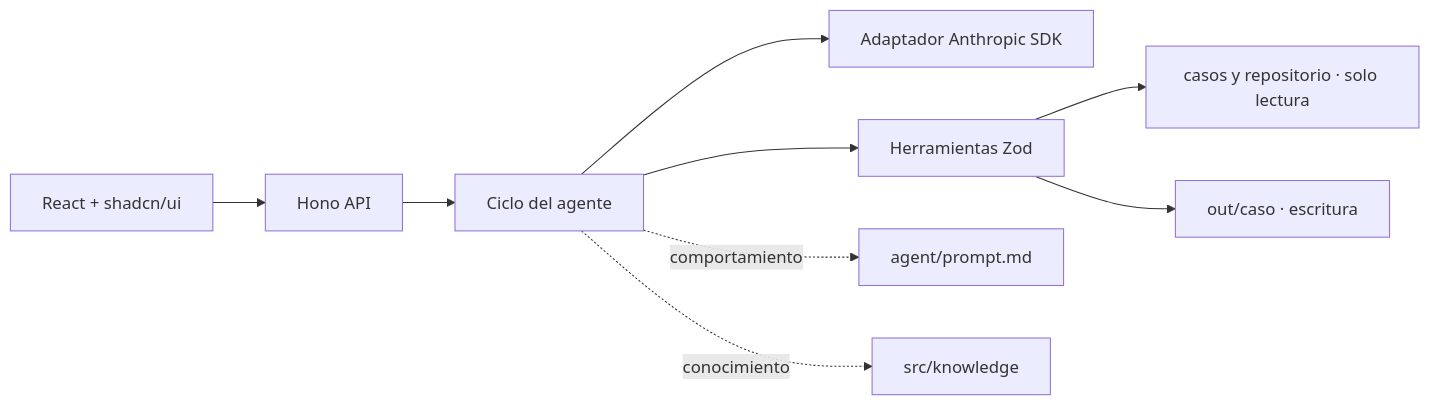
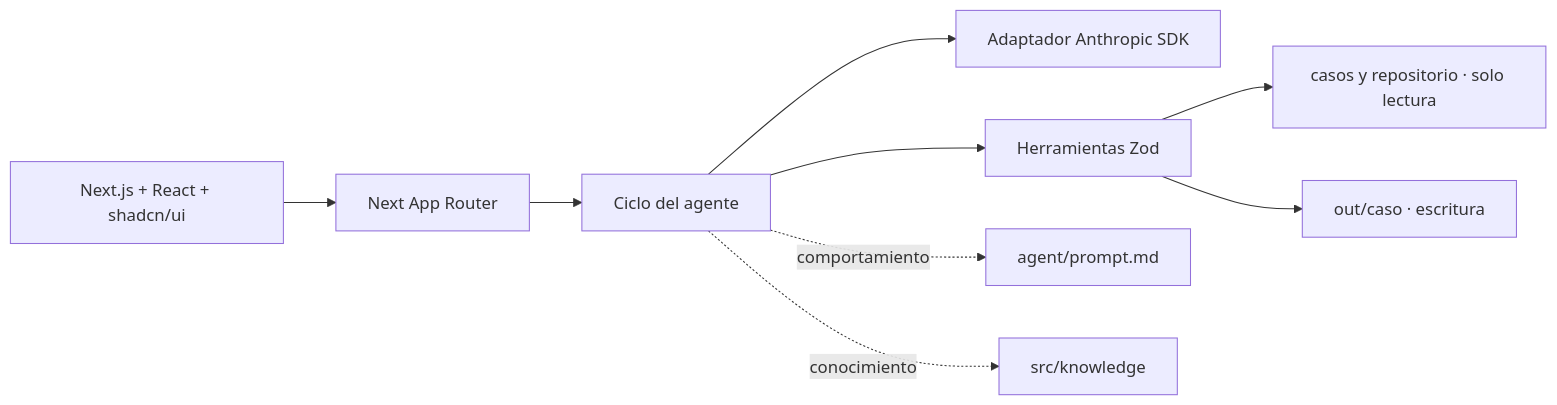
One commit to Dalejo505/reto-01-registro-proveedor changed the diagram in SOLUCION.md. Above: the diagram before and after it, drawn with Mermaid. The commit also changed 24 other files, not shown here.

Commit message:
feat: migrate application to Next.js App Router

````diff
--- a/SOLUCION.md
+++ b/SOLUCION.md
@@ -9,11 +9,11 @@
 ```mermaid
 flowchart LR
-  UI[React + shadcn/ui] --> API[Hono API]
+  UI[Next.js + React + shadcn/ui] --> API[Next App Router]
   API --> Agent[Ciclo del agente]
   Agent --> LLM[Adaptador Anthropic SDK]
   Agent --> Tools[Herramientas Zod]
   Tools --> Fixtures[casos y repositorio · solo lectura]
   Tools --> Out[out/caso · escritura]
   Agent -. comportamiento .-> Prompt[agent/prompt.md]
   Agent -. conocimiento .-> Knowledge[src/knowledge]
 ```
````
